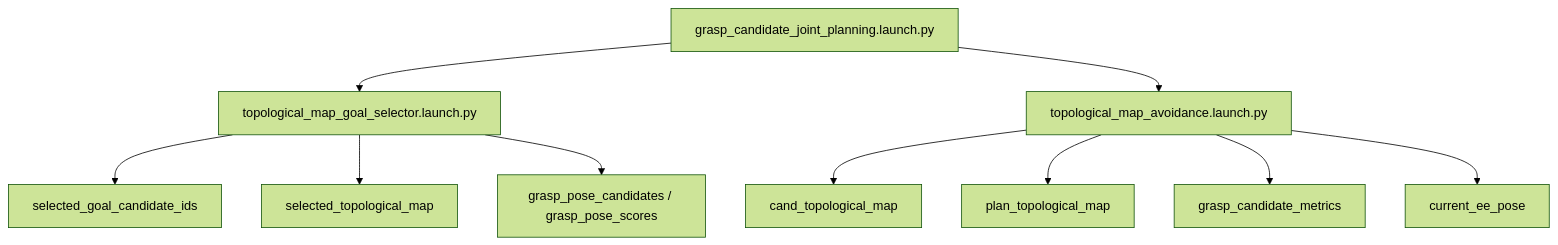
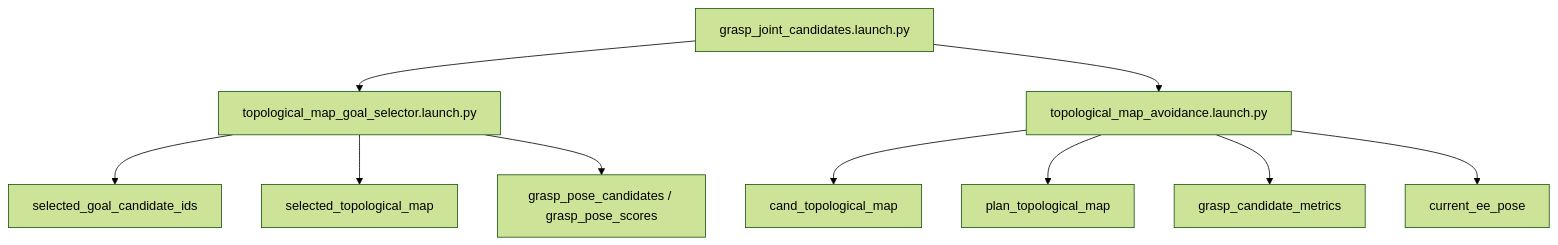
The first of 10 diagrams in gng_vlut_system/docs/TECHNICAL_SPEC.md (uraki-UH/arm_avoidance), drawn with Mermaid (forest theme) before and after one commit. The commit also changed other lines of this file and 25 other files, not shown here.

````diff
--- a/gng_vlut_system/docs/TECHNICAL_SPEC.md
+++ b/gng_vlut_system/docs/TECHNICAL_SPEC.md
@@ -18,14 +18,14 @@
 ```mermaid
 flowchart TD
-    A[grasp_candidate_joint_planning.launch.py] --> B[topological_map_goal_selector.launch.py]
+    A[grasp_joint_candidates.launch.py] --> B[topological_map_goal_selector.launch.py]
     A --> D[topological_map_avoidance.launch.py]
 
     B --> G[selected_goal_candidate_ids]
     B --> H[selected_topological_map]
     B --> J[grasp_pose_candidates / grasp_pose_scores]
 
     D --> K[cand_topological_map]
     D --> L[plan_topological_map]
     D --> M[grasp_candidate_metrics]
     D --> N[current_ee_pose]
 ```
````
